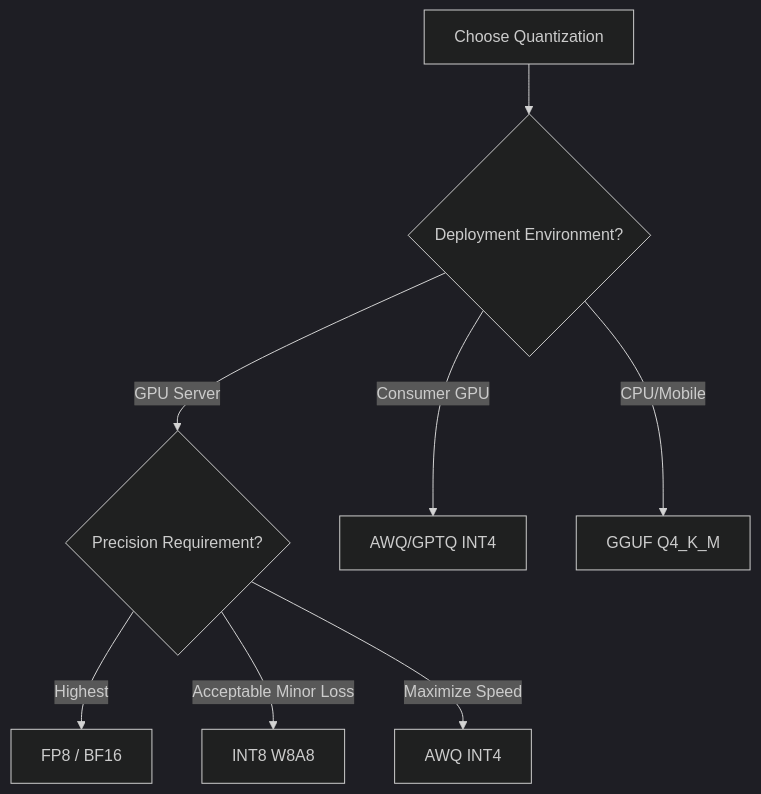
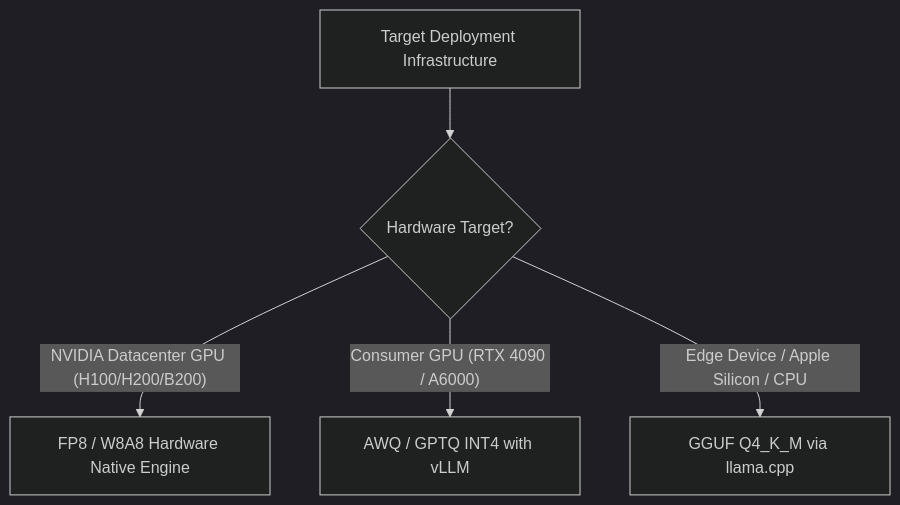
The diagram in en/07-inference.md (yingwang/llm-tutorial), drawn with Mermaid (dark theme) before and after one commit. The commit also changed other lines of this file and 29 other files, not shown here.

````diff
--- a/en/07-inference.md
+++ b/en/07-inference.md
@@ -42,10 +52,7 @@
 ```mermaid
 graph TD
-    A[Choose Quantization] --> B{Deployment Environment?}
-    B -->|GPU Server| C{Precision Requirement?}
-    B -->|Consumer GPU| D[AWQ/GPTQ INT4]
-    B -->|CPU/Mobile| E[GGUF Q4_K_M]
-    C -->|Highest| F[FP8 / BF16]
-    C -->|Acceptable Minor Loss| G[INT8 W8A8]
-    C -->|Maximize Speed| H[AWQ INT4]
+    A["Target Deployment Infrastructure"] --> B{"Hardware Target?"}
+    B -->|"NVIDIA Datacenter GPU (H100/H200/B200)"| C["FP8 / W8A8 Hardware Native Engine"]
+    B -->|"Consumer GPU (RTX 4090 / A6000)"| D["AWQ / GPTQ INT4 with vLLM"]
+    B -->|"Edge Device / Apple Silicon / CPU"| E["GGUF Q4_K_M via llama.cpp"]
 ```
````
